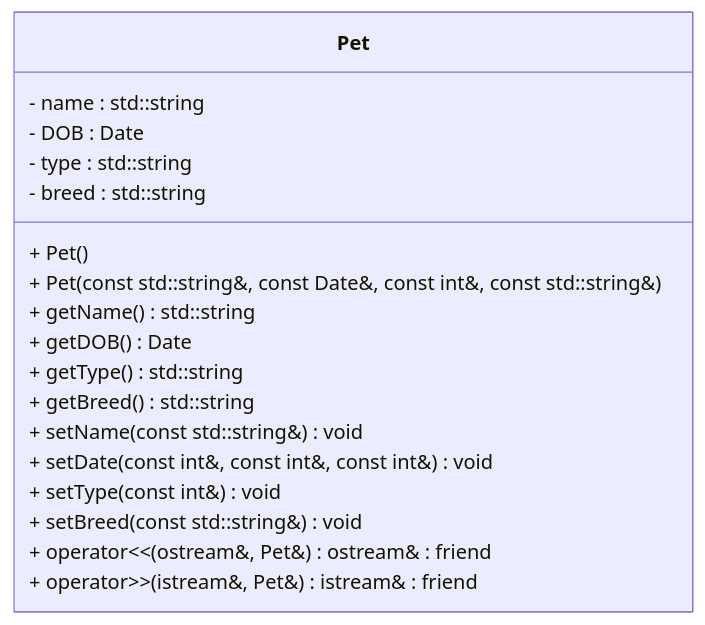
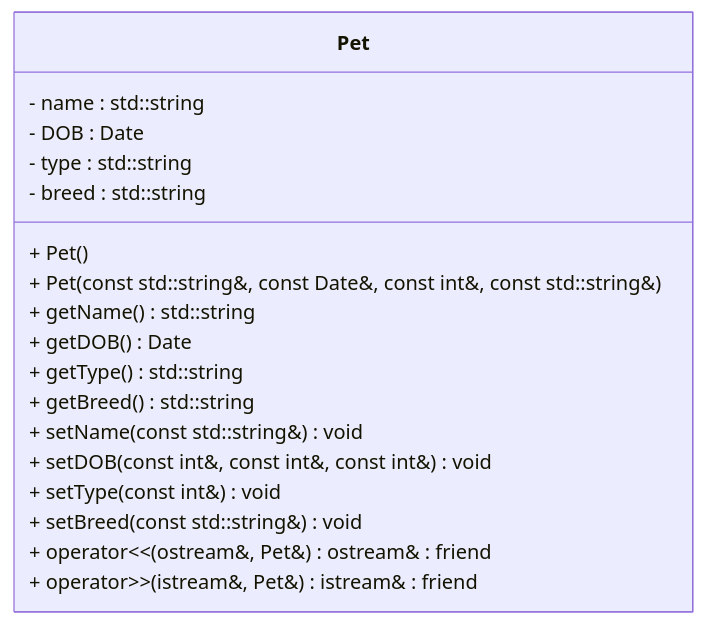
Before and after one commit to heimsothe/Spring-2024-OOP-Cpp-Labs: the third of 4 diagrams in Lab06/README.md, drawn with Mermaid. The commit also changed other lines of this file, not shown here.

````diff
--- a/Lab06/README.md
+++ b/Lab06/README.md
@@ -253,29 +301,29 @@
 ```mermaid
 %%{
   init: {
     'themeVariables': {
       'fontFamily': 'monospace'
     }
   }
 }%%
 classDiagram
     class Pet {
         - name : std::string
         - DOB : Date
         - type : std::string
         - breed : std::string
         + Pet()
         + Pet(const std::string&, const Date&, const int&, const std::string&)
         + getName() std::string
         + getDOB() Date
         + getType() std::string
         + getBreed() std::string
         + setName(const std::string&) void
-        + setDate(const int&, const int&, const int&) void
+        + setDOB(const int&, const int&, const int&) void
         + setType(const int&) void
         + setBreed(const std::string&) void
 
         + operator<<(ostream&, Pet&) ostream& : friend
         + operator>>(istream&, Pet&) istream& : friend
     }
 ```
````
